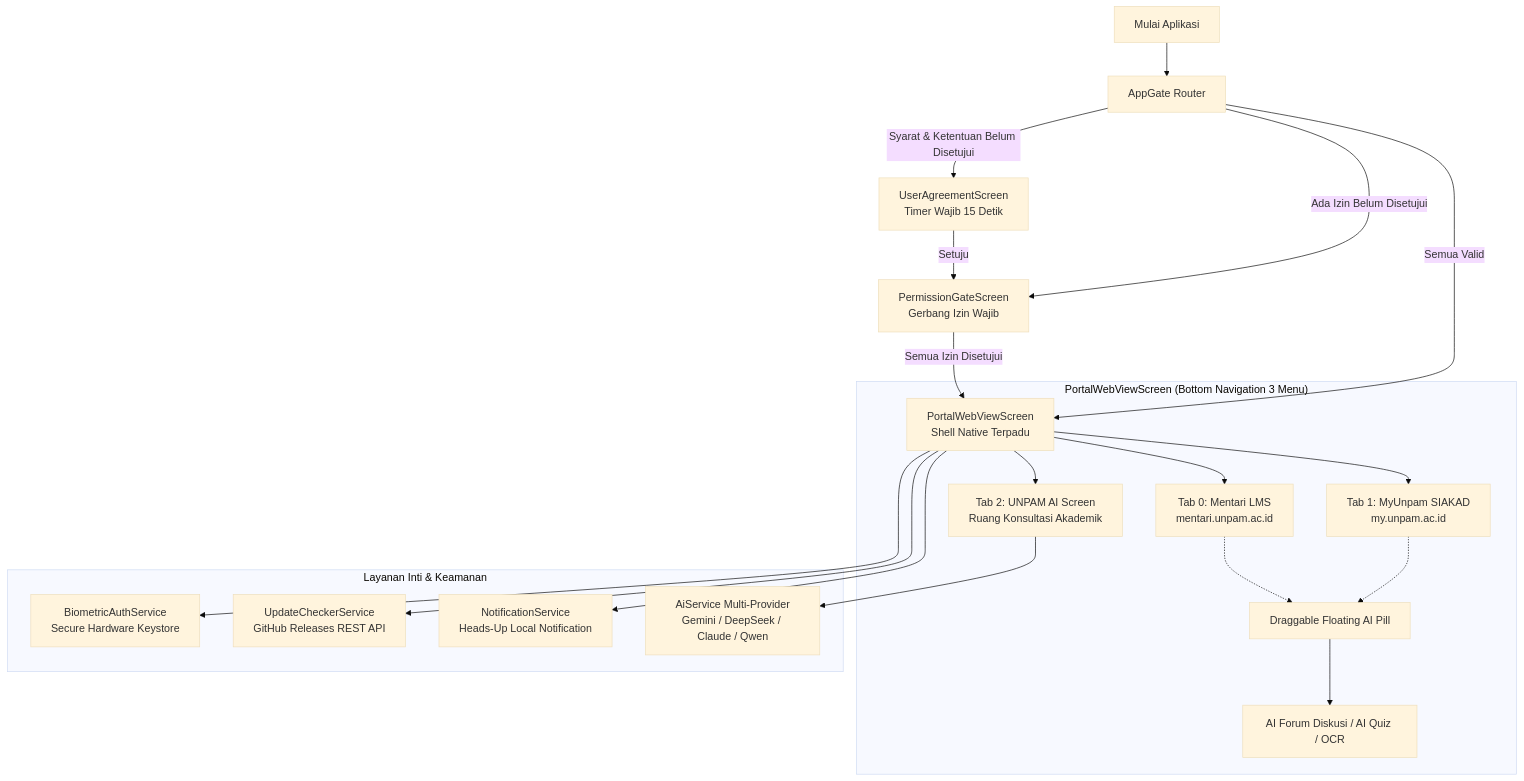
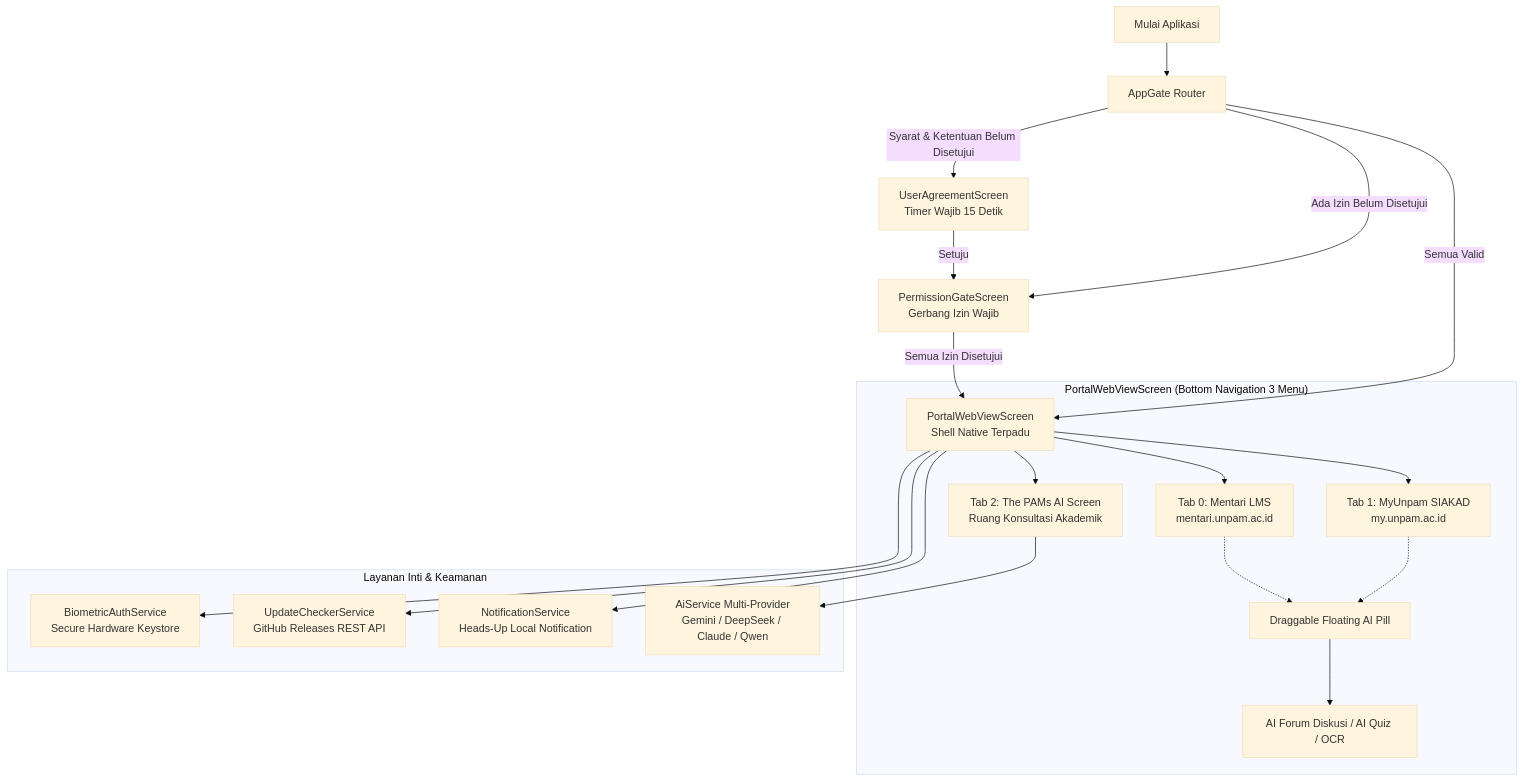
The diagram in README.md (codewithtama/unpam_mobile), drawn with Mermaid (base theme) before and after one commit. The commit also changed other lines of this file and 23 other files, not shown here.

````diff
--- a/README.md
+++ b/README.md
@@ -42,26 +42,26 @@
 ```mermaid
 graph TD
     A[Mulai Aplikasi] --> B[AppGate Router]
     B -->|Syarat & Ketentuan Belum Disetujui| C[UserAgreementScreen<br>Timer Wajib 15 Detik]
     C -->|Setuju| D[PermissionGateScreen<br>Gerbang Izin Wajib]
     B -->|Ada Izin Belum Disetujui| D
     D -->|Semua Izin Disetujui| E[PortalWebViewScreen<br>Shell Native Terpadu]
     B -->|Semua Valid| E
 
     subgraph "PortalWebViewScreen (Bottom Navigation 3 Menu)"
         E --> F[Tab 0: Mentari LMS<br>mentari.unpam.ac.id]
         E --> G[Tab 1: MyUnpam SIAKAD<br>my.unpam.ac.id]
-        E --> H[Tab 2: UNPAM AI Screen<br>Ruang Konsultasi Akademik]
+        E --> H[Tab 2: The PAMs AI Screen<br>Ruang Konsultasi Akademik]
         
         F -.-> I[Draggable Floating AI Pill]
         G -.-> I
         I --> J[AI Forum Diskusi / AI Quiz / OCR]
     end
 
     subgraph "Layanan Inti & Keamanan"
         E --> K[BiometricAuthService<br>Secure Hardware Keystore]
         E --> L[UpdateCheckerService<br>GitHub Releases REST API]
         E --> M[NotificationService<br>Heads-Up Local Notification]
         H --> N[AiService Multi-Provider<br>Gemini / DeepSeek / Claude / Qwen]
     end
 ```
````
